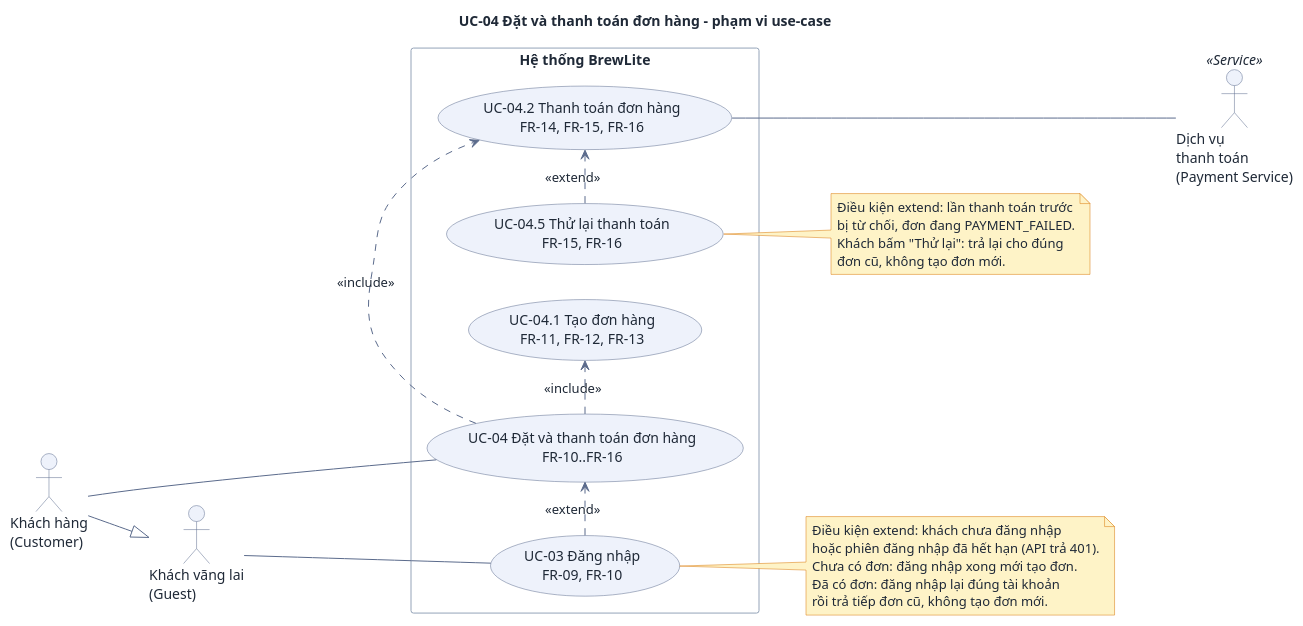
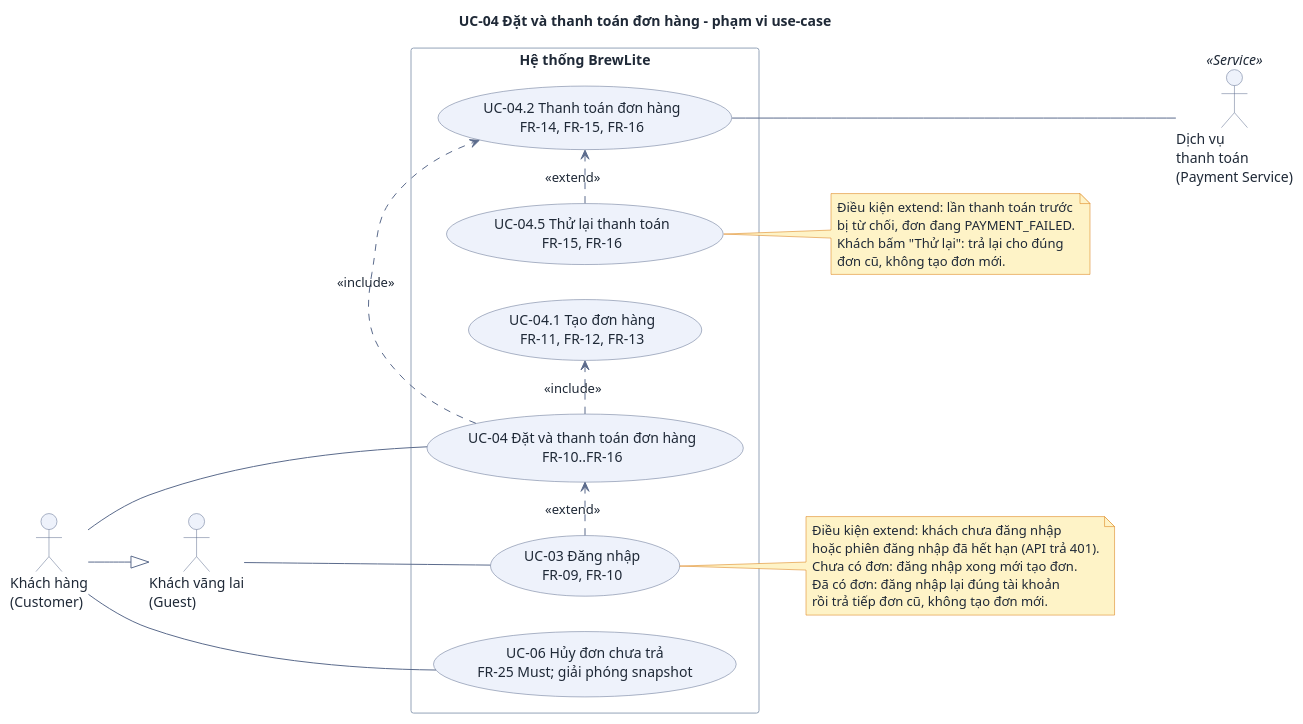
Before and after one commit to DuVinhLoi/BrewLite: the diagram in docs/requirements/uc-checkout.puml, drawn with PlantUML. The commit also changed 100 other files, not shown here.

```diff
--- a/docs/requirements/uc-checkout.puml
+++ b/docs/requirements/uc-checkout.puml
@@ -1,59 +1,61 @@
 @startuml uc-checkout
 ' BrewLite A2 - Use-case diagram cho UC-04 "Dat va thanh toan don hang" (de A2 3.3). Dac ta: docs/requirements/uc-checkout.md
 skinparam DefaultFontColor #1f2937
 skinparam ArrowColor #5b6b8c
 skinparam ArrowFontColor #1f2937
 skinparam RectangleBackgroundColor #ffffff
 skinparam RectangleBorderColor #94a3b8
 skinparam ActorBackgroundColor #eef2fb
 skinparam ActorBorderColor #5b6b8c
 skinparam UsecaseBackgroundColor #eef2fb
 skinparam UsecaseBorderColor #5b6b8c
 skinparam NoteBackgroundColor #fef3c7
 skinparam NoteBorderColor #d97706
 skinparam Shadowing false
 
 left to right direction
 
 title UC-04 Đặt và thanh toán đơn hàng - phạm vi use-case
 
 actor "Khách vãng lai\n(Guest)" as Guest
 actor "Khách hàng\n(Customer)" as Customer
 actor "Dịch vụ\nthanh toán\n(Payment Service)" as Pay <<Service>>
 
 Customer --|> Guest
 
 rectangle "Hệ thống BrewLite" {
   usecase "UC-04 Đặt và thanh toán đơn hàng\nFR-10..FR-16" as UC04
   usecase "UC-04.1 Tạo đơn hàng\nFR-11, FR-12, FR-13" as UC041
   usecase "UC-04.2 Thanh toán đơn hàng\nFR-14, FR-15, FR-16" as UC042
   usecase "UC-04.5 Thử lại thanh toán\nFR-15, FR-16" as UC045
+  usecase "UC-06 Hủy đơn chưa trả\nFR-25 Must; giải phóng snapshot" as UC06
   usecase "UC-03 Đăng nhập\nFR-09, FR-10" as UC03
 }
 
 Customer --- UC04
+Customer --- UC06
 Guest --- UC03
 
 UC04 .> UC041 : <<include>>
 UC04 .> UC042 : <<include>>
 UC045 .> UC042 : <<extend>>
 UC03 .> UC04 : <<extend>>
 
 UC042 --- Pay
 
 note right of UC03
   Điều kiện extend: khách chưa đăng nhập
   hoặc phiên đăng nhập đã hết hạn (API trả 401).
   Chưa có đơn: đăng nhập xong mới tạo đơn.
   Đã có đơn: đăng nhập lại đúng tài khoản
   rồi trả tiếp đơn cũ, không tạo đơn mới.
 end note
 
 note right of UC045
   Điều kiện extend: lần thanh toán trước
   bị từ chối, đơn đang PAYMENT_FAILED.
   Khách bấm "Thử lại": trả lại cho đúng
   đơn cũ, không tạo đơn mới.
 end note
 
 @enduml
```
